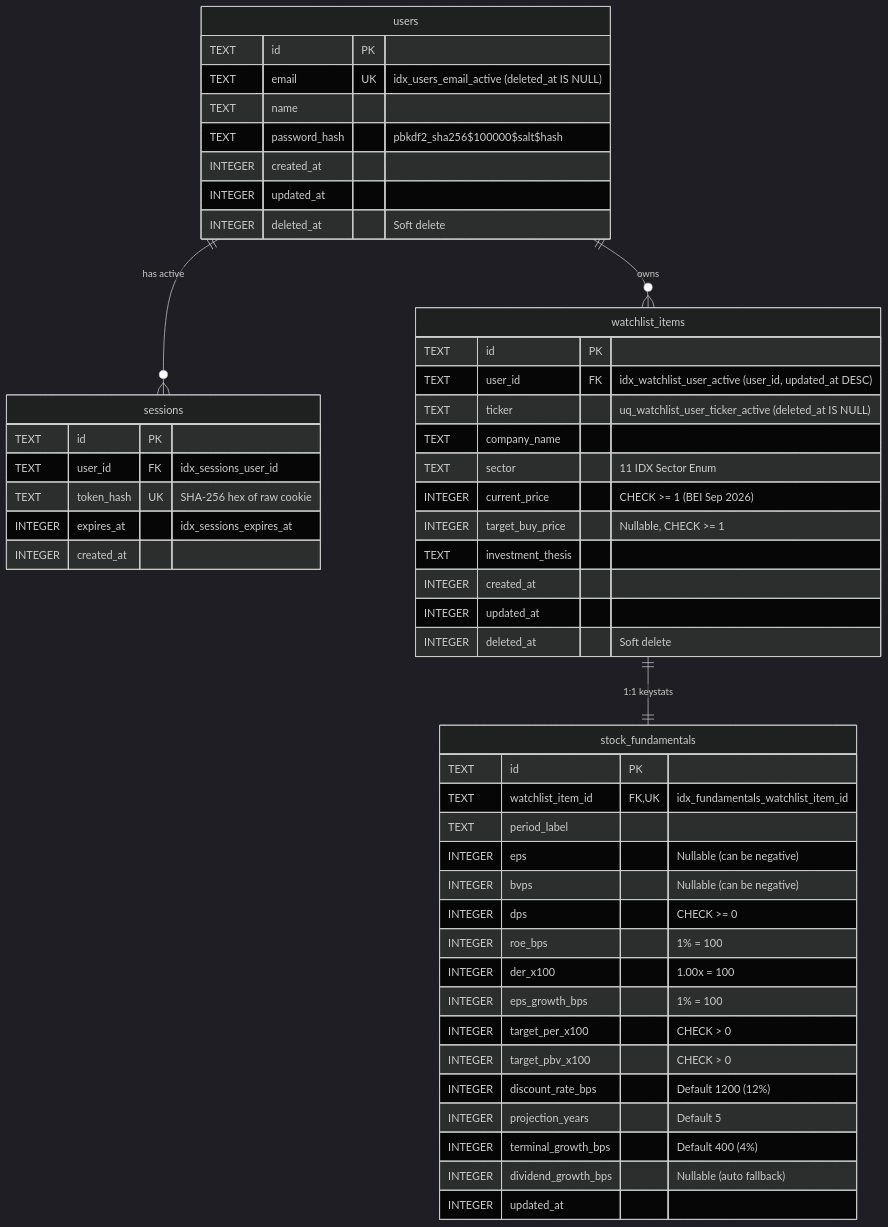
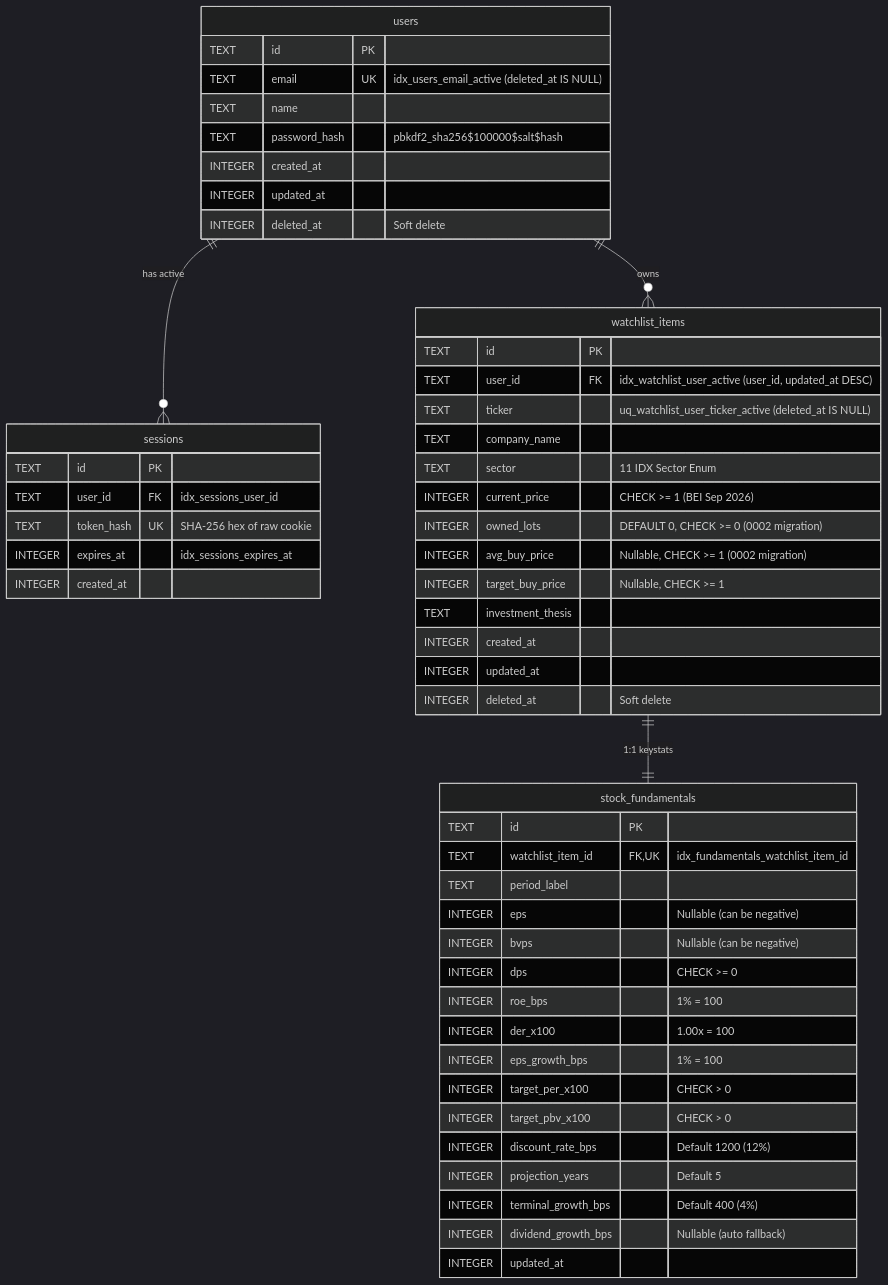
Before and after one commit to charlybutar21/stock-mate-v2: the third of 5 diagrams in README.md, drawn with Mermaid (dark theme). The commit also changed other lines of this file and 30 other files, not shown here.

Commit message:
feat: Core-3 2026 fair value, 6 standard key stats, owned lots position ledger, editorial UI & audited auth

````diff
--- a/README.md
+++ b/README.md
@@ -157,57 +157,59 @@
 ```mermaid
 erDiagram
     users ||--o{ sessions : "has active"
     users ||--o{ watchlist_items : "owns"
     watchlist_items ||--|| stock_fundamentals : "1:1 keystats"
 
     users {
         TEXT id PK
         TEXT email UK "idx_users_email_active (deleted_at IS NULL)"
         TEXT name
         TEXT password_hash "pbkdf2_sha256$100000$salt$hash"
         INTEGER created_at
         INTEGER updated_at
         INTEGER deleted_at "Soft delete"
     }
 
     sessions {
         TEXT id PK
         TEXT user_id FK "idx_sessions_user_id"
         TEXT token_hash UK "SHA-256 hex of raw cookie"
         INTEGER expires_at "idx_sessions_expires_at"
         INTEGER created_at
     }
 
     watchlist_items {
         TEXT id PK
         TEXT user_id FK "idx_watchlist_user_active (user_id, updated_at DESC)"
         TEXT ticker "uq_watchlist_user_ticker_active (deleted_at IS NULL)"
         TEXT company_name
         TEXT sector "11 IDX Sector Enum"
         INTEGER current_price "CHECK >= 1 (BEI Sep 2026)"
+        INTEGER owned_lots "DEFAULT 0, CHECK >= 0 (0002 migration)"
+        INTEGER avg_buy_price "Nullable, CHECK >= 1 (0002 migration)"
         INTEGER target_buy_price "Nullable, CHECK >= 1"
         TEXT investment_thesis
         INTEGER created_at
         INTEGER updated_at
         INTEGER deleted_at "Soft delete"
     }
 
     stock_fundamentals {
         TEXT id PK
         TEXT watchlist_item_id FK,UK "idx_fundamentals_watchlist_item_id"
         TEXT period_label
         INTEGER eps "Nullable (can be negative)"
         INTEGER bvps "Nullable (can be negative)"
         INTEGER dps "CHECK >= 0"
         INTEGER roe_bps "1% = 100"
         INTEGER der_x100 "1.00x = 100"
         INTEGER eps_growth_bps "1% = 100"
         INTEGER target_per_x100 "CHECK > 0"
         INTEGER target_pbv_x100 "CHECK > 0"
         INTEGER discount_rate_bps "Default 1200 (12%)"
         INTEGER projection_years "Default 5"
         INTEGER terminal_growth_bps "Default 400 (4%)"
         INTEGER dividend_growth_bps "Nullable (auto fallback)"
         INTEGER updated_at
     }
 ```
````
